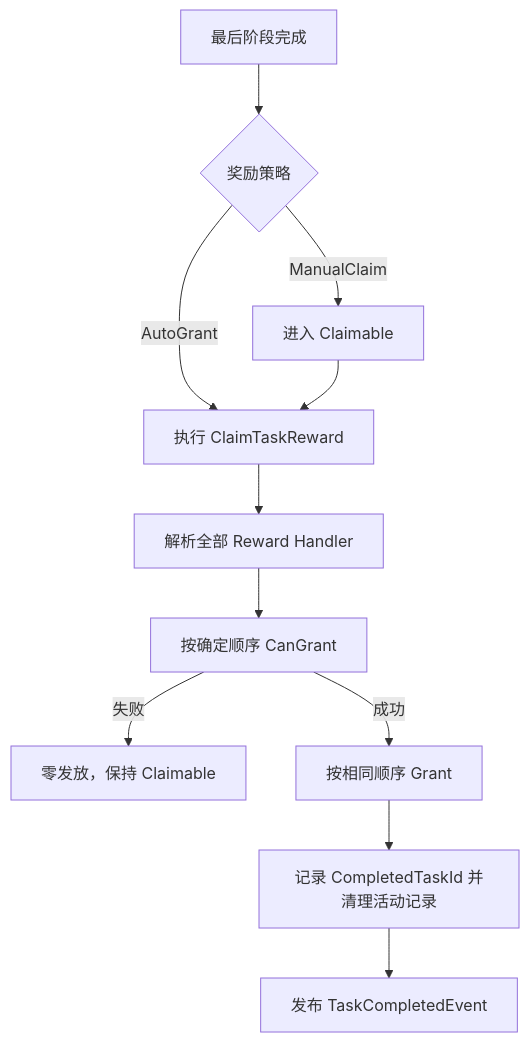
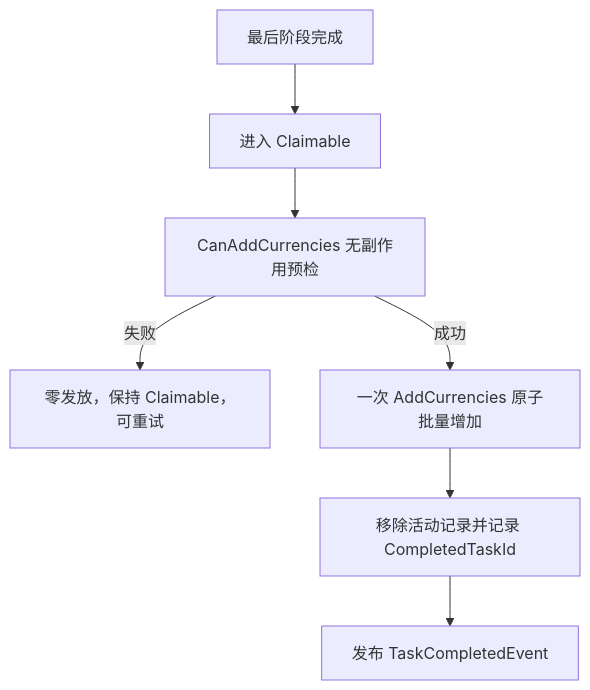
Before and after one commit to Whitesheeeep/3DRPG: the fourth of 5 diagrams in Assets/Scripts/TaskSystem/TaskSystem_Requirements.md, drawn with Mermaid. The commit also changed other lines of this file and 66 other files, not shown here.

````diff
--- a/Assets/Scripts/TaskSystem/TaskSystem_Requirements.md
+++ b/Assets/Scripts/TaskSystem/TaskSystem_Requirements.md
@@ -291,13 +291,9 @@
 ```mermaid
 flowchart TD
-    CompleteStage[最后阶段完成] --> Policy{奖励策略}
-    Policy -->|AutoGrant| Claim[执行 ClaimTaskReward]
-    Policy -->|ManualClaim| Claimable[进入 Claimable]
-    Claimable --> Claim
-    Claim --> Resolve[解析全部 Reward Handler]
-    Resolve --> Preflight[按确定顺序 CanGrant]
-    Preflight -->|失败| Keep[零发放，保持 Claimable]
-    Preflight -->|成功| Grant[按相同顺序 Grant]
-    Grant --> Finish[记录 CompletedTaskId 并清理活动记录]
+    CompleteStage[最后阶段完成] --> Claimable[进入 Claimable]
+    Claimable --> Preflight[CanAddCurrencies 无副作用预检]
+    Preflight -->|失败| Keep[零发放，保持 Claimable，可重试]
+    Preflight -->|成功| Grant[一次 AddCurrencies 原子批量增加]
+    Grant --> Finish[移除活动记录并记录 CompletedTaskId]
     Finish --> Event[发布 TaskCompletedEvent]
 ```
````
